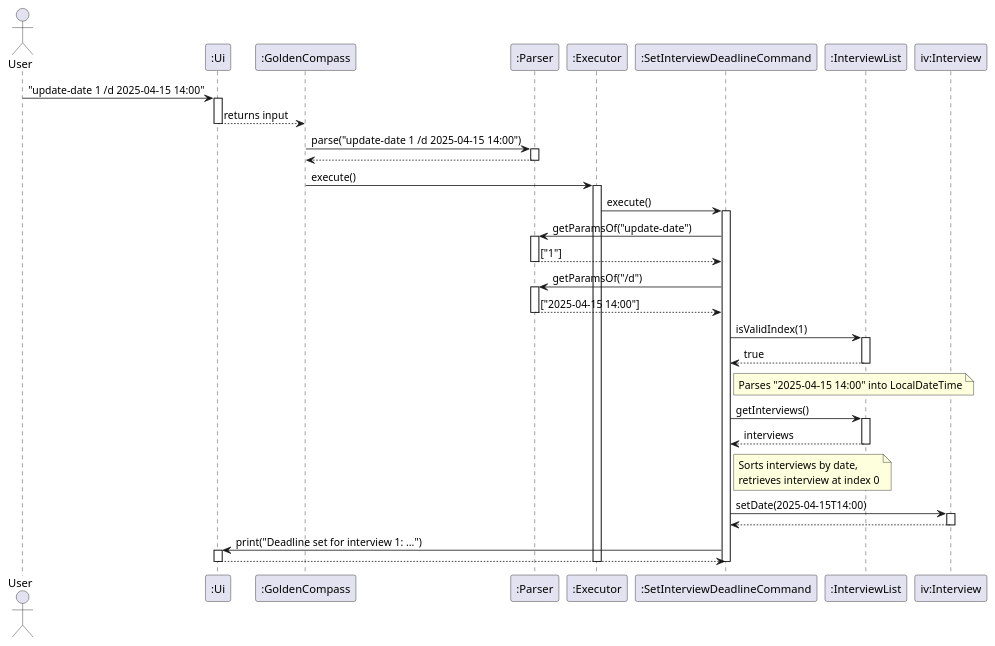
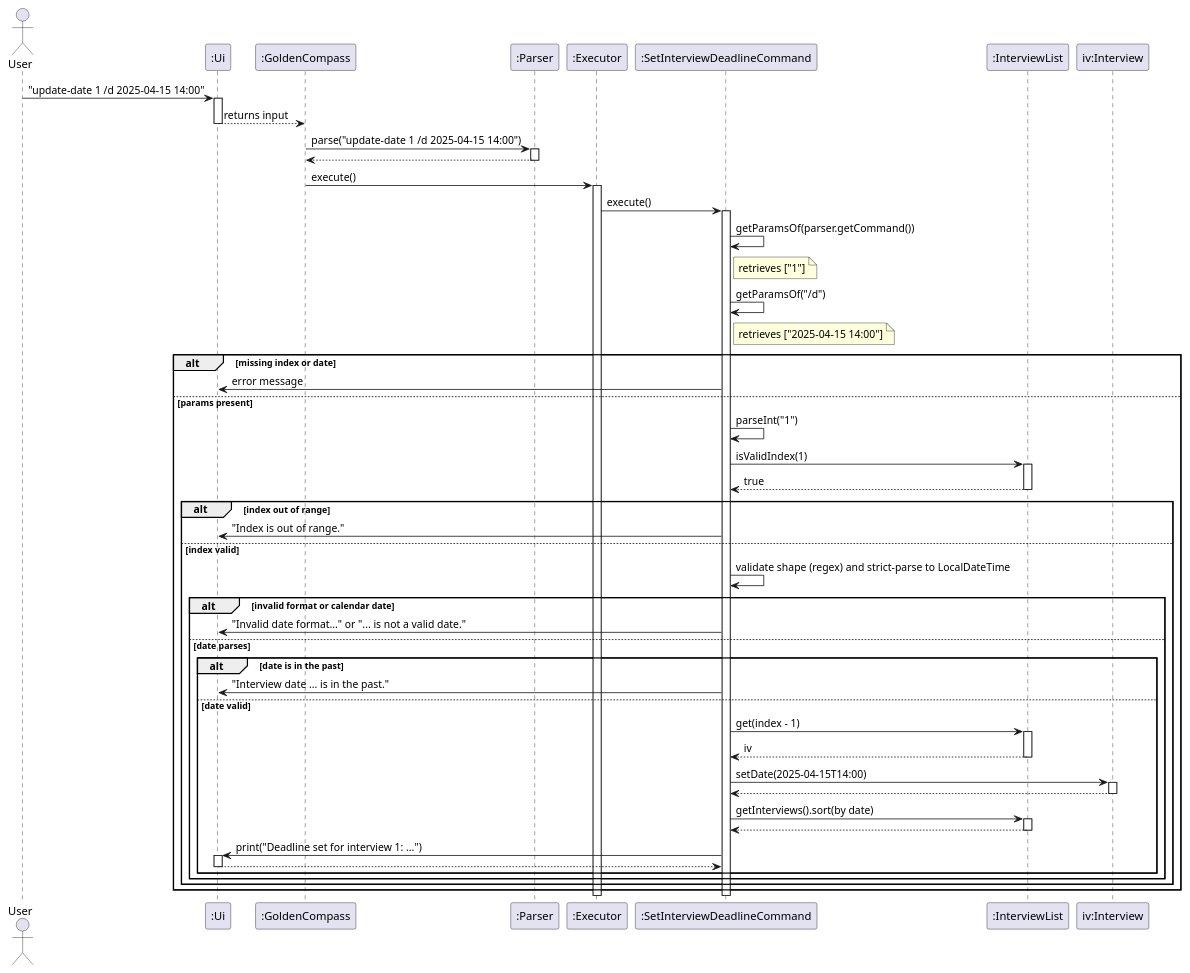
One commit to AY2526S2-CS2113-W10-4/tp changed the diagram in docs/diagrams/SetDeadlineSequenceDiagram.puml. Above: the diagram before and after it, drawn with PlantUML. The commit also changed 5 other files, not shown here.

```diff
--- a/docs/diagrams/SetDeadlineSequenceDiagram.puml
+++ b/docs/diagrams/SetDeadlineSequenceDiagram.puml
@@ -1,62 +1,78 @@
 @startuml
 actor User
 participant ":Ui" as Ui
 participant ":GoldenCompass" as GC
 participant ":Parser" as Parser
 participant ":Executor" as Executor
 participant ":SetInterviewDeadlineCommand" as SDC
 participant ":InterviewList" as IVL
 participant "iv:Interview" as IV
 
 User -> Ui : "update-date 1 /d 2025-04-15 14:00"
 activate Ui
 Ui --> GC : returns input
 deactivate Ui
 
 GC -> Parser : parse("update-date 1 /d 2025-04-15 14:00")
 activate Parser
 Parser --> GC
 deactivate Parser
 
 GC -> Executor : execute()
 activate Executor
 Executor -> SDC : execute()
 activate SDC
 
-SDC -> Parser : getParamsOf("update-date")
-activate Parser
-Parser --> SDC : ["1"]
-deactivate Parser
+SDC -> SDC : getParamsOf(parser.getCommand())
+note right of SDC : retrieves ["1"]
 
-SDC -> Parser : getParamsOf("/d")
-activate Parser
-Parser --> SDC : ["2025-04-15 14:00"]
-deactivate Parser
+SDC -> SDC : getParamsOf("/d")
+note right of SDC : retrieves ["2025-04-15 14:00"]
 
-SDC -> IVL : isValidIndex(1)
-activate IVL
-IVL --> SDC : true
-deactivate IVL
+alt missing index or date
+    SDC -> Ui : error message
+else params present
+    SDC -> SDC : parseInt("1")
+    SDC -> IVL : isValidIndex(1)
+    activate IVL
+    IVL --> SDC : true
+    deactivate IVL
 
-note right of SDC : Parses "2025-04-15 14:00" into LocalDateTime
+    alt index out of range
+        SDC -> Ui : "Index is out of range."
+    else index valid
+        SDC -> SDC : validate shape (regex) and strict-parse to LocalDateTime
 
-SDC -> IVL : getInterviews()
-activate IVL
-IVL --> SDC : interviews
-deactivate IVL
+        alt invalid format or calendar date
+            SDC -> Ui : "Invalid date format..." or "... is not a valid date."
+        else date parses
+            alt date is in the past
+                SDC -> Ui : "Interview date ... is in the past."
+            else date valid
+                SDC -> IVL : get(index - 1)
+                activate IVL
+                IVL --> SDC : iv
+                deactivate IVL
 
-note right of SDC : Sorts interviews by date,\nretrieves interview at index 0
+                SDC -> IV : setDate(2025-04-15T14:00)
+                activate IV
+                IV --> SDC
+                deactivate IV
 
-SDC -> IV : setDate(2025-04-15T14:00)
-activate IV
-IV --> SDC
-deactivate IV
+                SDC -> IVL : getInterviews().sort(by date)
+                activate IVL
+                IVL --> SDC
+                deactivate IVL
 
-SDC -> Ui : print("Deadline set for interview 1: ...")
-activate Ui
-Ui --> SDC
-deactivate Ui
+                SDC -> Ui : print("Deadline set for interview 1: ...")
+                activate Ui
+                Ui --> SDC
+                deactivate Ui
+            end
+        end
+    end
+end
 
 deactivate SDC
 deactivate Executor
 @enduml
```
